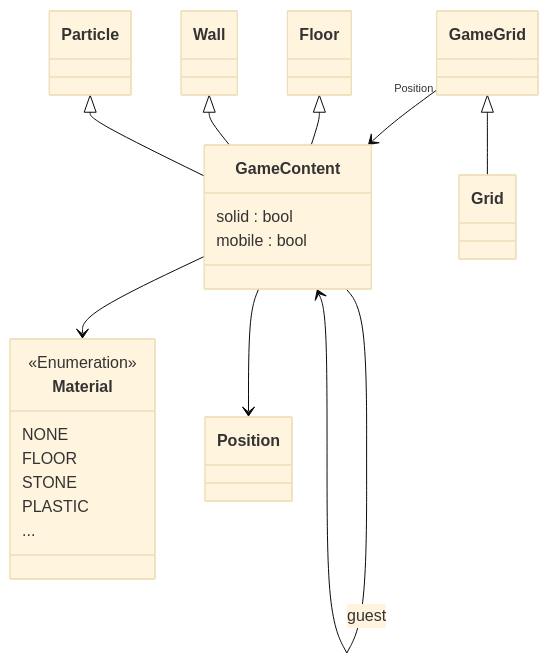
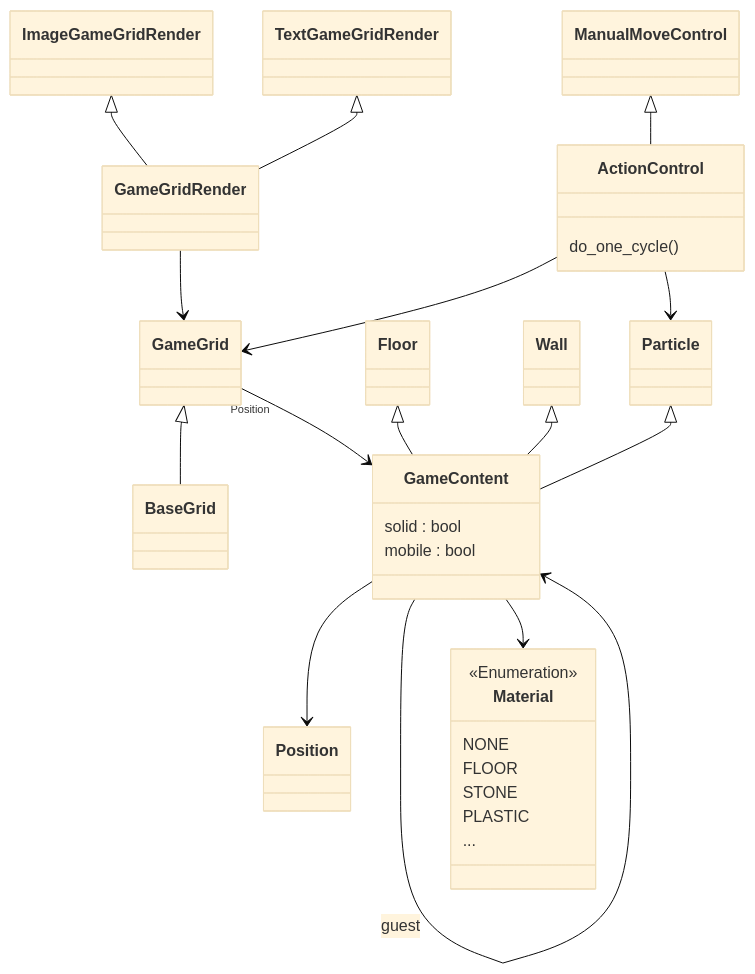
The fourth of 5 diagrams in hello_maze/readme.md (fvbakel/brilliant), drawn with Mermaid (base theme) before and after one commit. The commit also changed other lines of this file and 3 other files, not shown here.

Commit message:
Improved manual particle move solved exception when out of grid

````diff
--- a/hello_maze/readme.md
+++ b/hello_maze/readme.md
@@ -99,41 +99,53 @@
 ```mermaid
   classDiagram
     class Material {
         <<Enumeration>>
         NONE
         FLOOR
         STONE
         PLASTIC
         ...
     }
 
     class GameContent {
         solid : bool
         mobile : bool
         
     }
     class GameGrid {
         
     }
 
-    GameGrid <|-- Grid
+    GameGrid <|-- BaseGrid
 
     GameGrid "Position" -->  GameContent
     GameContent --> Position
     GameContent --> GameContent : guest
     GameContent --> Material
 
 
     class Floor {
     }
     class Wall {
     }
     class Particle {
     }
+    
 
     Floor <|-- GameContent
     Wall <|-- GameContent
     Particle <|-- GameContent
 
+    GameGridRender --> GameGrid
+    ImageGameGridRender <|-- GameGridRender
+    TextGameGridRender <|-- GameGridRender
+    
+    class ActionControl {
+        do_one_cycle()
+    }
+    ActionControl --> GameGrid
+    ActionControl --> Particle
+    ManualMoveControl <|-- ActionControl
+    
 
 ```
````
